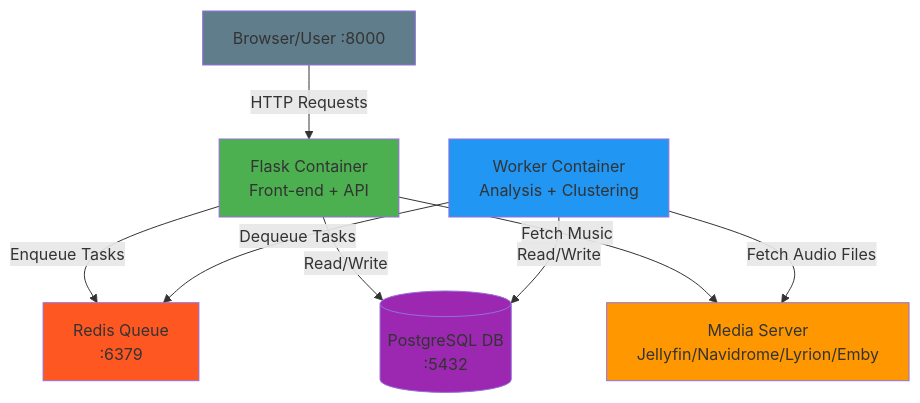
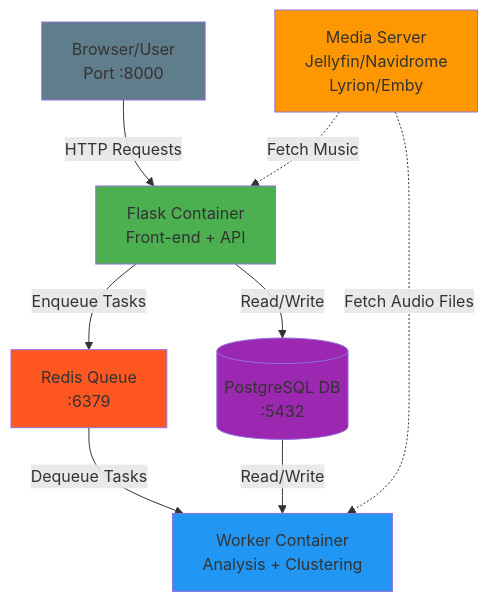
The diagram in docs/ARCHITECTURE.md (NeptuneHub/AudioMuse-AI), drawn with Mermaid before and after one commit. The commit also changed other lines of this file, not shown here.

Commit message:
documentation update

````diff
--- a/docs/ARCHITECTURE.md
+++ b/docs/ARCHITECTURE.md
@@ -7,19 +7,20 @@
 ```mermaid
 graph TB
-    User[Browser/User :8000] -->|HTTP Requests| Flask[Flask Container<br/>Front-end + API]
+    User[Browser/User<br/>Port :8000] -->|HTTP Requests| Flask[Flask Container<br/>Front-end + API]
     
     Flask -->|Enqueue Tasks| Redis[Redis Queue<br/>:6379]
     Flask -->|Read/Write| PostgreSQL[(PostgreSQL DB<br/>:5432)]
-    Flask -->|Fetch Music| MediaServer[Media Server<br/>Jellyfin/Navidrome/Lyrion/Emby]
     
-    Worker[Worker Container<br/>Analysis + Clustering] -->|Dequeue Tasks| Redis
-    Worker -->|Read/Write| PostgreSQL
-    Worker -->|Fetch Audio Files| MediaServer
+    Redis -->|Dequeue Tasks| Worker[Worker Container<br/>Analysis + Clustering]
+    PostgreSQL -->|Read/Write| Worker
     
+    MediaServer[Media Server<br/>Jellyfin/Navidrome<br/>Lyrion/Emby] -.->|Fetch Music| Flask
+    MediaServer -.->|Fetch Audio Files| Worker
+    
+    style User fill:#607D8B
     style Flask fill:#4CAF50
-    style Worker fill:#2196F3
     style Redis fill:#FF5722
     style PostgreSQL fill:#9C27B0
+    style Worker fill:#2196F3
     style MediaServer fill:#FF9800
-    style User fill:#607D8B
 ```
````
